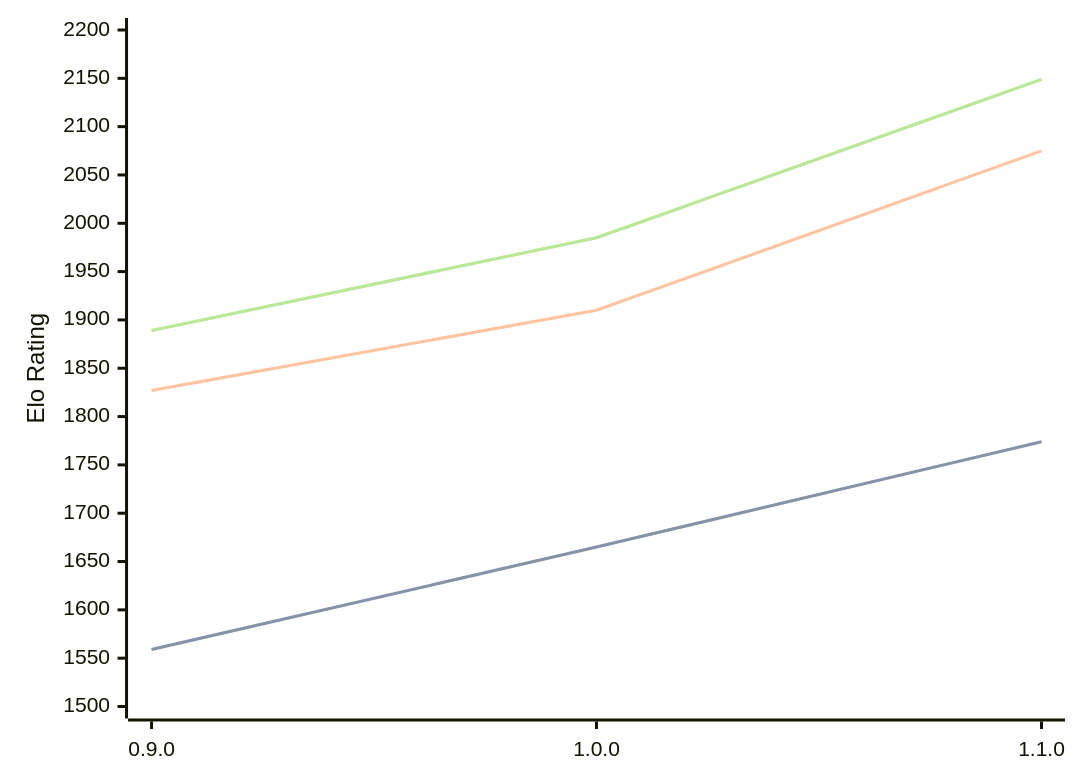
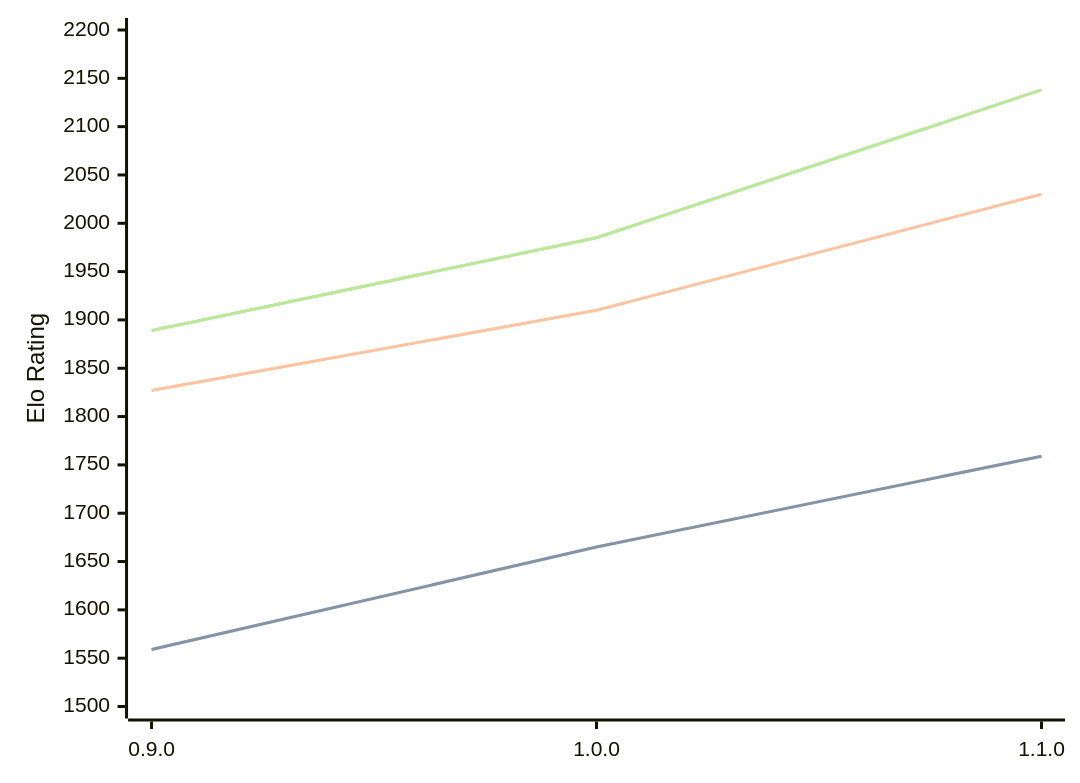
One commit to computer-chess-index/cci changed the diagram in engines/Ratsu.md. Above: the diagram before and after it, drawn with Mermaid. The commit also changed other lines of this file, not shown here.

Commit message:
Update CCI Ratings (ELO VLTC) - 2026-04-23

````diff
--- a/engines/Ratsu.md
+++ b/engines/Ratsu.md
@@ -33,11 +33,11 @@
 ```mermaid
 %%{init: {"theme":"base","themeVariables":{"seriesColors:['#a3a3a3','#222221','#faa371']}}}%%
 xychart-beta
   x-axis ["0.9.0", "1.0.0", "1.1.0"]
   y-axis "Elo Rating" 1500 --> 2200
-  line "STC (8.0+0.08s)" [1559, 1665, 1774]
-  line "STC (8.0+0.08s)" [1559, 1665, 1774]
-  line "LTC (60.0+0.60s)" [1827, 1910, 2075]
-  line "VLTC (2m24s+1.12s)" [1889, 1985, 2149]
-  line "VLTC (2m24s+1.12s)" [1889, 1985, 2149]
+  line "STC (8.0+0.08s)" [1559, 1665, 1759]
+  line "STC (8.0+0.08s)" [1559, 1665, 1759]
+  line "LTC (60.0+0.60s)" [1827, 1910, 2030]
+  line "VLTC (2m24s+1.12s)" [1889, 1985, 2138]
+  line "VLTC (2m24s+1.12s)" [1889, 1985, 2138]
 ```
````
